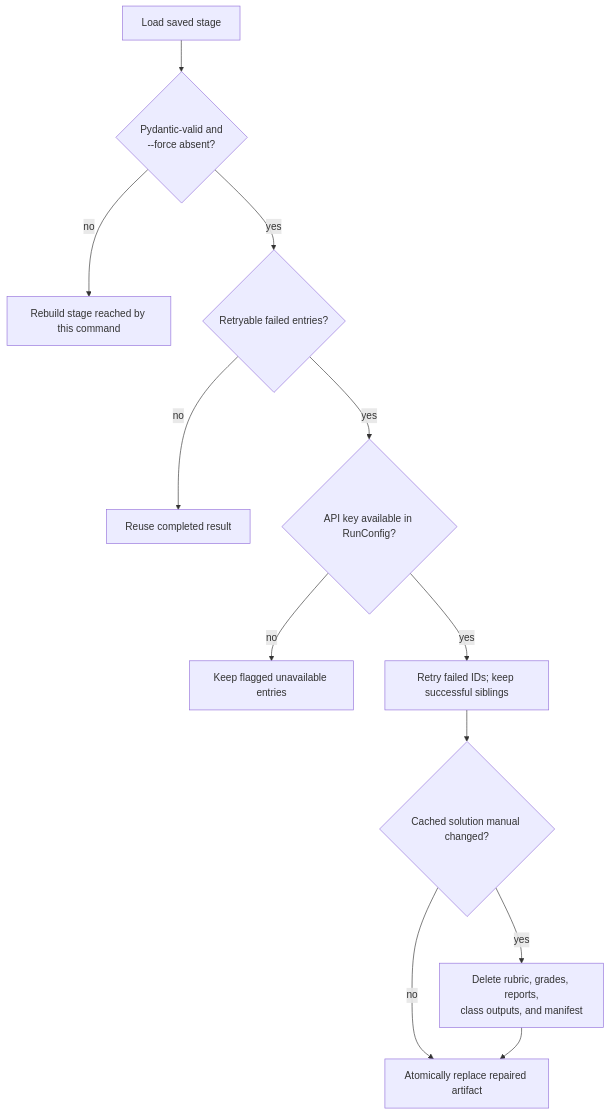
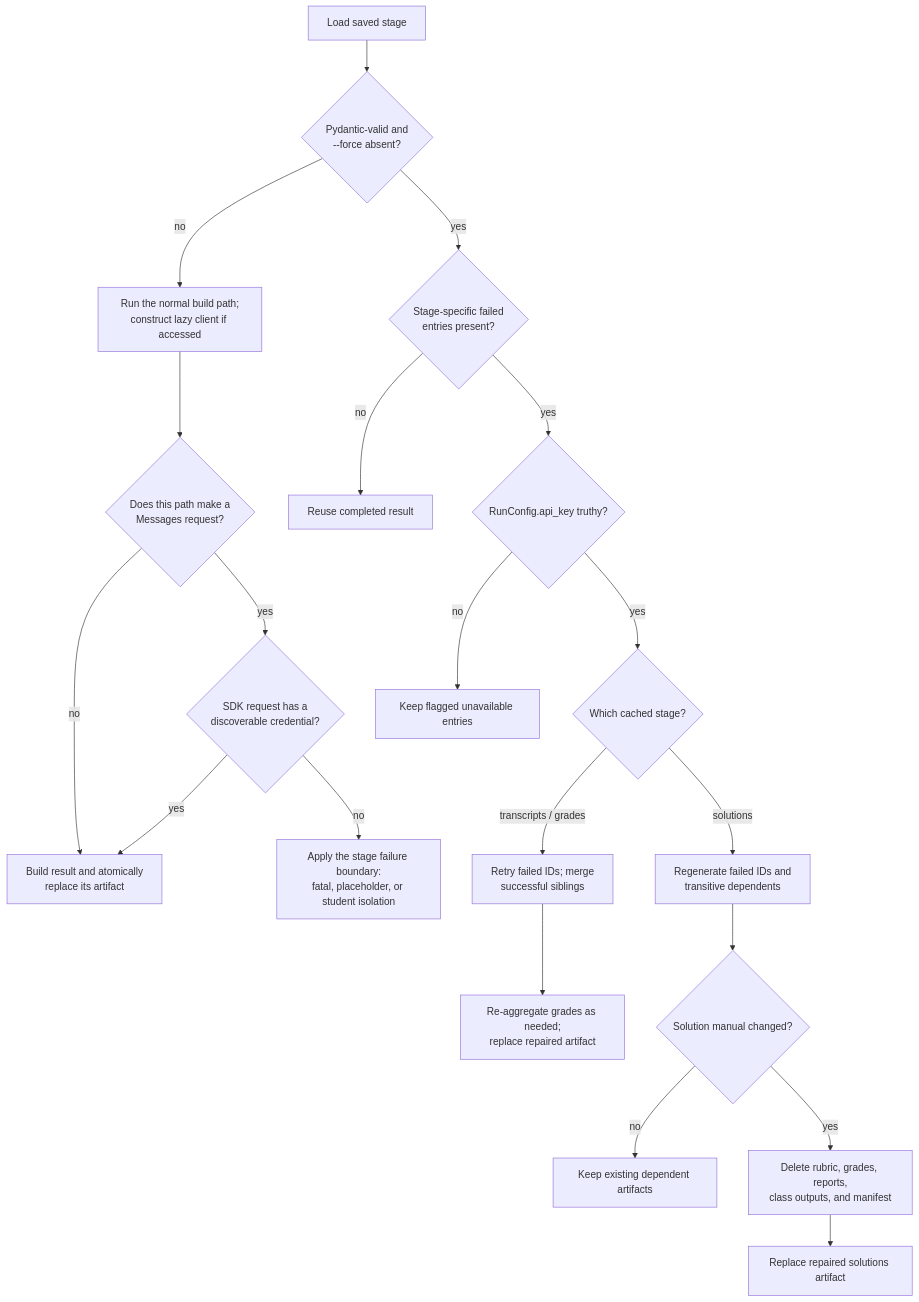
Before and after one commit to johnswyou/autograder: the third of 3 diagrams in docs/architecture.md, drawn with Mermaid. The commit also changed other lines of this file and 6 other files, not shown here.

````diff
--- a/docs/architecture.md
+++ b/docs/architecture.md
@@ -446,14 +448,22 @@
 ```mermaid
 flowchart TD
   LOAD["Load saved stage"] --> VALID{"Pydantic-valid and<br/>--force absent?"}
-  VALID -- no --> REBUILD["Rebuild stage reached by this command"]
-  VALID -- yes --> FAILED{"Retryable failed entries?"}
+  VALID -- no --> BUILD["Run the normal build path;<br/>construct lazy client if accessed"]
+  BUILD --> REQUEST{"Does this path make a<br/>Messages request?"}
+  REQUEST -- no --> BUILT["Build result and atomically<br/>replace its artifact"]
+  REQUEST -- yes --> CREDENTIAL{"SDK request has a<br/>discoverable credential?"}
+  CREDENTIAL -- yes --> BUILT
+  CREDENTIAL -- no --> BOUNDARY["Apply the stage failure boundary:<br/>fatal, placeholder, or student isolation"]
+  VALID -- yes --> FAILED{"Stage-specific failed<br/>entries present?"}
   FAILED -- no --> REUSE["Reuse completed result"]
-  FAILED -- yes --> KEY{"API key available in RunConfig?"}
+  FAILED -- yes --> KEY{"RunConfig.api_key truthy?"}
   KEY -- no --> KEEP["Keep flagged unavailable entries"]
-  KEY -- yes --> RETRY["Retry failed IDs; keep successful siblings"]
-  RETRY --> SOLCHG{"Cached solution manual changed?"}
+  KEY -- yes --> KIND{"Which cached stage?"}
+  KIND -- "transcripts / grades" --> ITEM["Retry failed IDs; merge<br/>successful siblings"]
+  ITEM --> ITEMSAVE["Re-aggregate grades as needed;<br/>replace repaired artifact"]
+  KIND -- solutions --> SOL["Regenerate failed IDs and<br/>transitive dependents"]
+  SOL --> SOLCHG{"Solution manual changed?"}
+  SOLCHG -- no --> SOLKEEP["Keep existing dependent artifacts"]
   SOLCHG -- yes --> INVALIDATE["Delete rubric, grades, reports,<br/>class outputs, and manifest"]
-  SOLCHG -- no --> SAVE["Atomically replace repaired artifact"]
-  INVALIDATE --> SAVE
+  INVALIDATE --> SOLSAVE["Replace repaired solutions artifact"]
 ```
````
